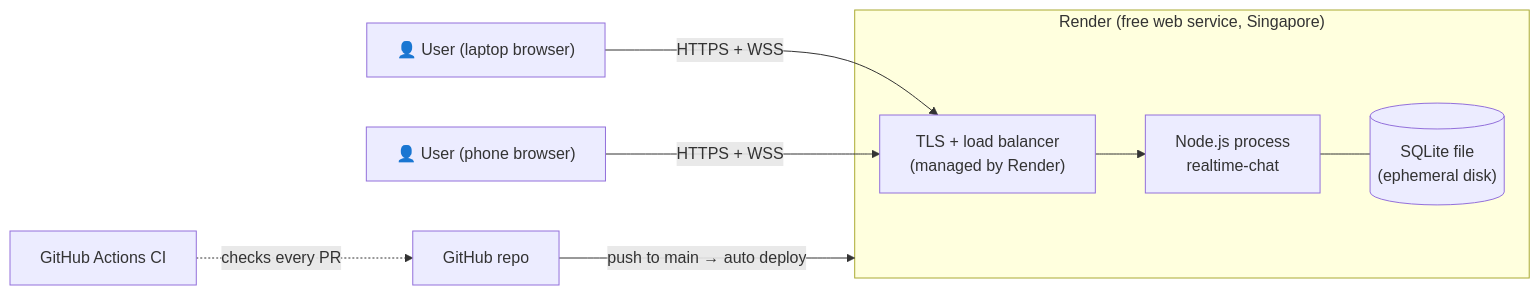
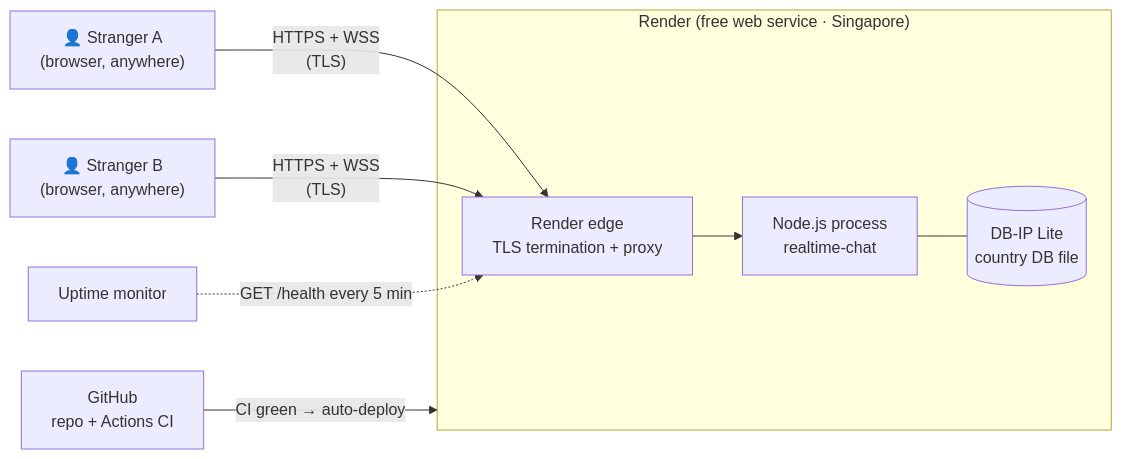
Before and after one commit to futuresfsake/realtime-chat: the first of 8 diagrams in docs/03-design/high-level-design.md, drawn with Mermaid. The commit also changed other lines of this file and 49 other files, not shown here.

Commit message:
docs: redefine product as anonymous 1:1 E2EE chat with interest and country matching

````diff
--- a/docs/03-design/high-level-design.md
+++ b/docs/03-design/high-level-design.md
@@ -7,11 +7,11 @@
 ```mermaid
 flowchart LR
-    U1["👤 User (laptop browser)"] -- HTTPS + WSS --> R
-    U2["👤 User (phone browser)"] -- HTTPS + WSS --> R
-    subgraph Render["Render (free web service, Singapore)"]
-        R["TLS + load balancer<br/>(managed by Render)"] --> N["Node.js process<br/>realtime-chat"]
-        N --- D[("SQLite file<br/>(ephemeral disk)")]
+    A["👤 Stranger A<br/>(browser, anywhere)"] -- "HTTPS + WSS<br/>(TLS)" --> EDGE
+    B["👤 Stranger B<br/>(browser, anywhere)"] -- "HTTPS + WSS<br/>(TLS)" --> EDGE
+    subgraph Render["Render (free web service · Singapore)"]
+        EDGE["Render edge<br/>TLS termination + proxy"] --> APP["Node.js process<br/>realtime-chat"]
+        APP --- GEO[("DB-IP Lite<br/>country DB file")]
     end
-    GH["GitHub repo"] -- "push to main → auto deploy" --> Render
-    CI["GitHub Actions CI"] -. "checks every PR" .-> GH
+    GH["GitHub<br/>repo + Actions CI"] -- "CI green → auto-deploy" --> Render
+    MON["Uptime monitor"] -. "GET /health every 5 min" .-> EDGE
 ```
````
